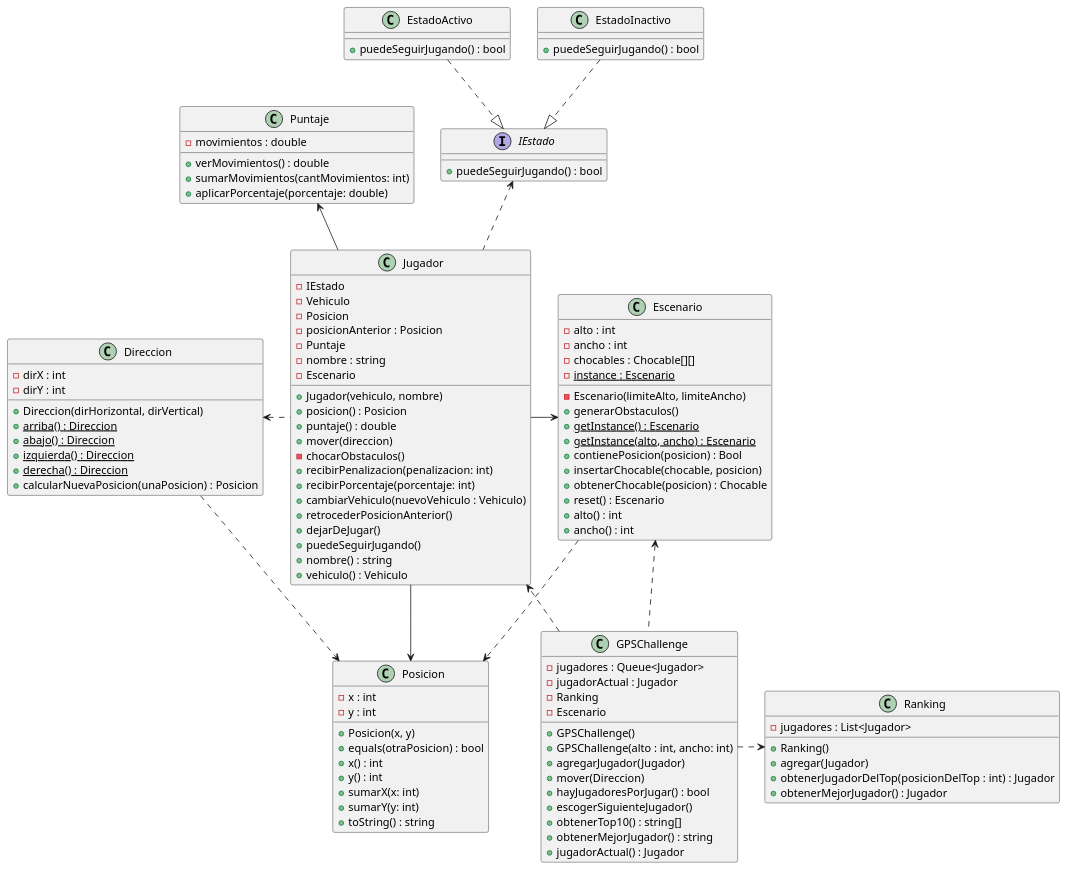
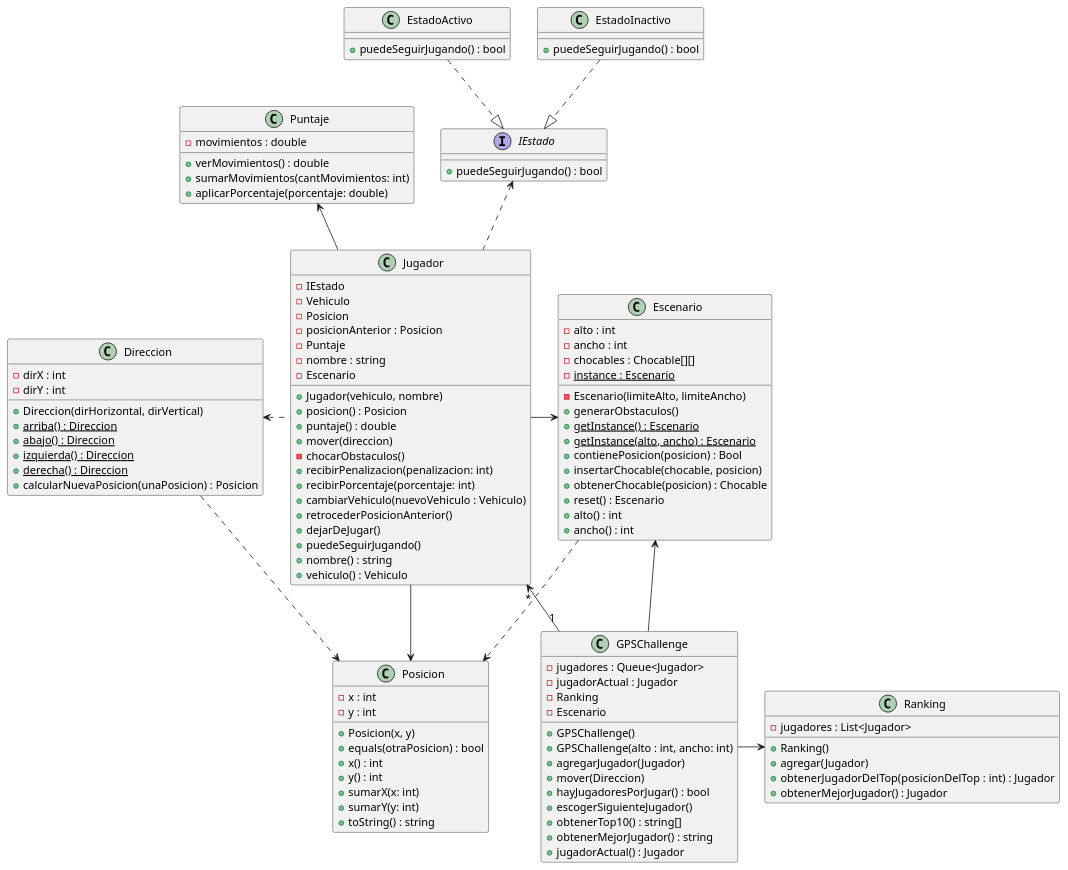
One commit to NestorPala/T17-GPSChallenge changed the diagram in diagrams/classes/diagrama_general.puml. Above: the diagram before and after it, drawn with PlantUML. The commit also changed 2 other files, not shown here.

Commit message:
Cambio sombra del escenario y formateo del puntaje

```diff
--- a/diagrams/classes/diagrama_general.puml
+++ b/diagrams/classes/diagrama_general.puml
@@ -1,126 +1,126 @@
 @startuml
 
 class Jugador {
     - IEstado
     - Vehiculo
     - Posicion
     - posicionAnterior : Posicion
     - Puntaje
     - nombre : string
     - Escenario
     + Jugador(vehiculo, nombre)
     + posicion() : Posicion
     + puntaje() : double
     + mover(direccion)
     - chocarObstaculos()
     + recibirPenalizacion(penalizacion: int)
     + recibirPorcentaje(porcentaje: int)
     + cambiarVehiculo(nuevoVehiculo : Vehiculo)
     + retrocederPosicionAnterior()
     + dejarDeJugar()
     + puedeSeguirJugando()
     + nombre() : string
     + vehiculo() : Vehiculo
 }
 
 class Puntaje {
     - movimientos : double
     + verMovimientos() : double
     + sumarMovimientos(cantMovimientos: int)
     + aplicarPorcentaje(porcentaje: double)
 }
 
 class Direccion {
     - dirX : int
     - dirY : int
     + Direccion(dirHorizontal, dirVertical)
     + arriba() : Direccion {static}
     + abajo() : Direccion {static}
     + izquierda() : Direccion {static}
     + derecha() : Direccion {static}
     + calcularNuevaPosicion(unaPosicion) : Posicion
 }
 
 class Escenario {
     - alto : int
     - ancho : int
     - chocables : Chocable[][]
     - {static} instance : Escenario
     - Escenario(limiteAlto, limiteAncho)
     + generarObstaculos()
     + {static} getInstance() : Escenario
     + {static} getInstance(alto, ancho) : Escenario
     + contienePosicion(posicion) : Bool
     + insertarChocable(chocable, posicion)
     + obtenerChocable(posicion) : Chocable
     + reset() : Escenario
     + alto() : int
     + ancho() : int
 }
 
 class Posicion {
     - x : int
     - y : int
     + Posicion(x, y)
     + equals(otraPosicion) : bool
     + x() : int
     + y() : int
     + sumarX(x: int)
     + sumarY(y: int)
     + toString() : string
 }
 
 class GPSChallenge {
     - jugadores : Queue<Jugador>
     - jugadorActual : Jugador
     - Ranking
     - Escenario
     + GPSChallenge()
     + GPSChallenge(alto : int, ancho: int)
     + agregarJugador(Jugador)
     + mover(Direccion)
     + hayJugadoresPorJugar() : bool
     + escogerSiguienteJugador()
     + obtenerTop10() : string[]
     + obtenerMejorJugador() : string
     + jugadorActual() : Jugador
 }
 
 class Ranking {
     - jugadores : List<Jugador>
     + Ranking()
     + agregar(Jugador)
     + obtenerJugadorDelTop(posicionDelTop : int) : Jugador
     + obtenerMejorJugador() : Jugador
 }
 
 interface IEstado {
     + puedeSeguirJugando() : bool
 }
 
 class EstadoActivo {
     + puedeSeguirJugando() : bool
 }
 
 class EstadoInactivo {
     + puedeSeguirJugando() : bool
 }
 
 Jugador -> Escenario
 Puntaje <-- Jugador
 Posicion <-- Jugador
 Direccion <. Jugador
 
 Direccion .> Posicion
 Escenario ..> Posicion
 
 EstadoActivo ..|> IEstado
 EstadoInactivo ..|> IEstado
 
 IEstado <.. Jugador
 
-GPSChallenge .> Ranking
-GPSChallenge ..> Jugador
-Escenario <. GPSChallenge
+GPSChallenge -> Ranking
+GPSChallenge "1" --> "*" Jugador
+Escenario <- GPSChallenge
 
 @enduml
```
